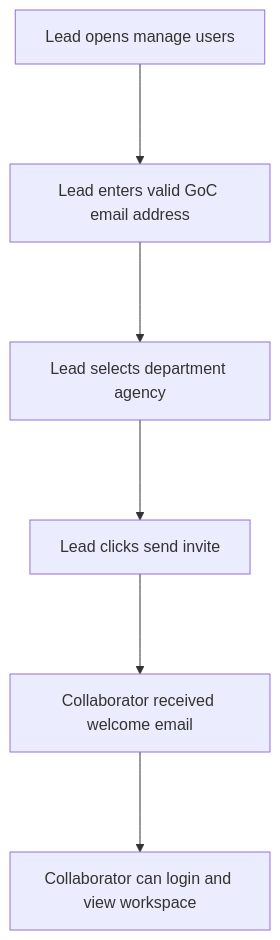
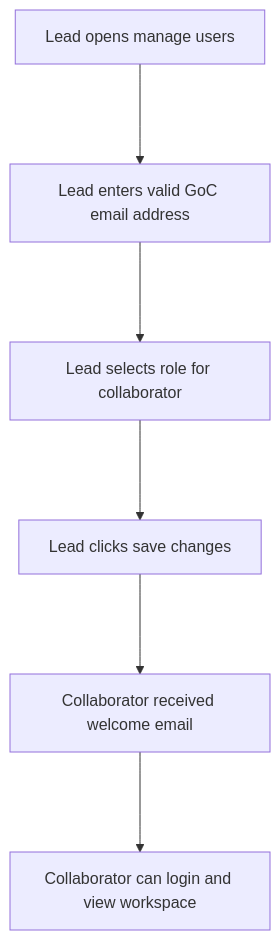
Before and after one commit to ssc-sp/datahub-docs: the fourth of 4 diagrams in UserGuide/Onboarding/OnboardingSummary.md, drawn with Mermaid. The commit also changed other lines of this file, not shown here.

````diff
--- a/UserGuide/Onboarding/OnboardingSummary.md
+++ b/UserGuide/Onboarding/OnboardingSummary.md
@@ -82,14 +72,14 @@
 ```mermaid
 flowchart TD
     A[Lead opens manage users]
     B[Lead enters valid GoC email address]
-    C[Lead selects department agency]
-    D[Lead clicks send invite]
+    C[Lead selects role for collaborator]
+    D[Lead clicks save changes]
     E[Collaborator received welcome email]
     F[Collaborator can login and view workspace]
     A ---> B
     B ---> C
     C ---> D
     D ---> E
     E ---> F
 ```
````
